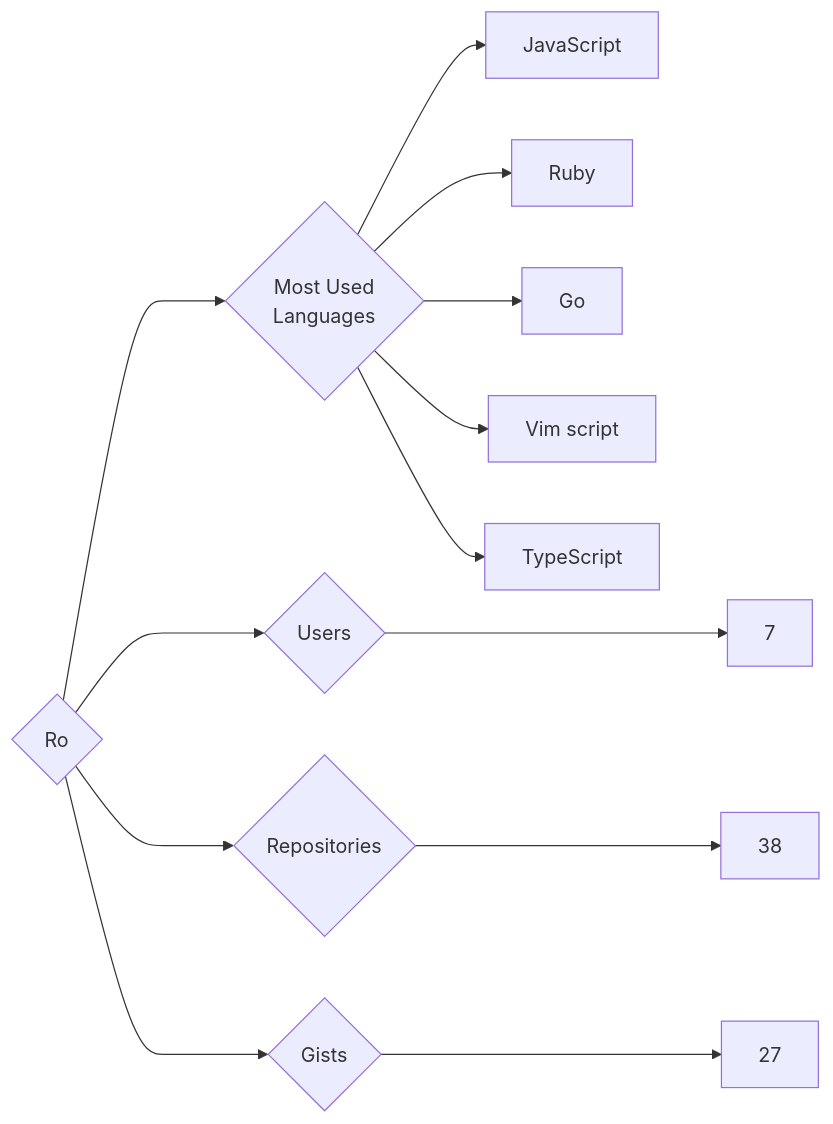
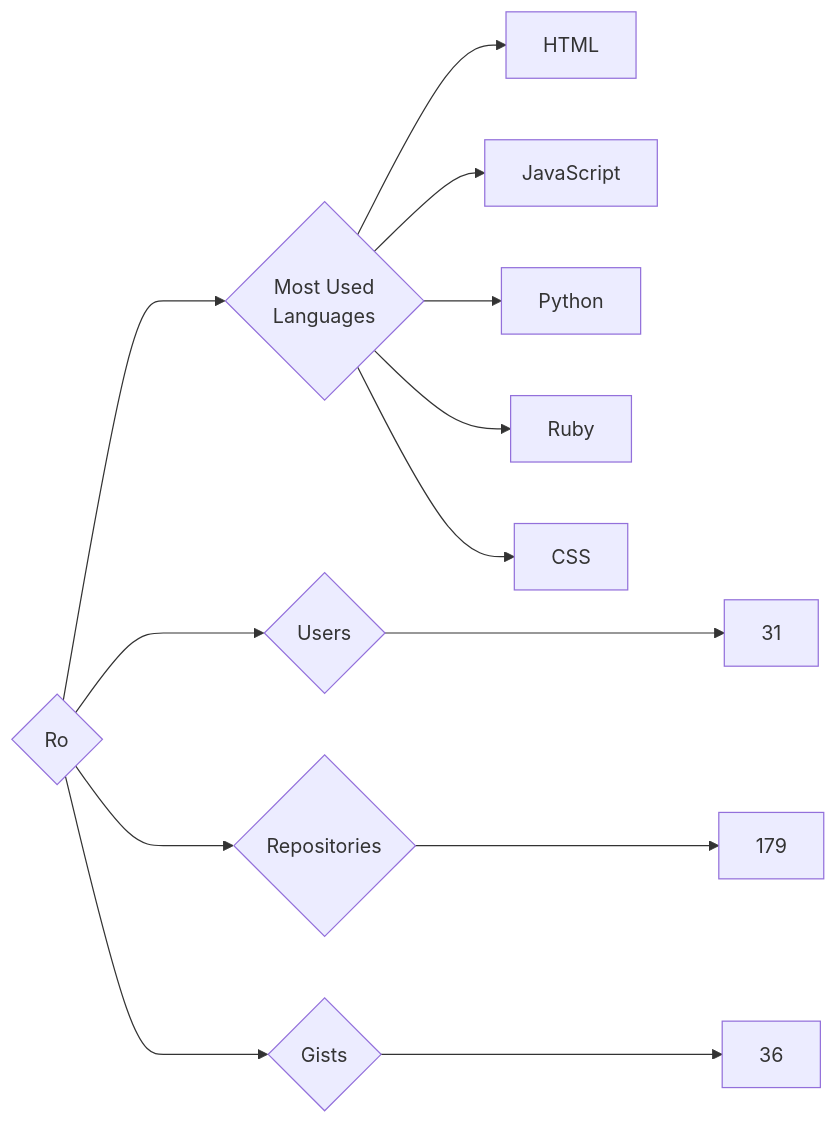
Before and after one commit to trickest/insiders: the diagram in targets/Ro/README.md, drawn with Mermaid. The commit also changed 976 other files, not shown here.

````diff
--- a/targets/Ro/README.md
+++ b/targets/Ro/README.md
@@ -3,13 +3,13 @@
 ```mermaid
 graph LR
 COMPANY_NAME{Ro}
-COMPANY_NAME ---> U{Users} ---> UN[7]
-COMPANY_NAME ---> R{Repositories} ---> RN[38]
-COMPANY_NAME ---> G{Gists} ---> GN[27]
+COMPANY_NAME ---> U{Users} ---> UN[31]
+COMPANY_NAME ---> R{Repositories} ---> RN[179]
+COMPANY_NAME ---> G{Gists} ---> GN[36]
 COMPANY_NAME ---> ML{Most Used<br>Languages}
+ML --> HTML[HTML]
 ML --> JavaScript[JavaScript]
+ML --> Python[Python]
 ML --> Ruby[Ruby]
-ML --> Go[Go]
-ML --> Vim_script[Vim script]
-ML --> TypeScript[TypeScript]
+ML --> CSS[CSS]
 ```
````
